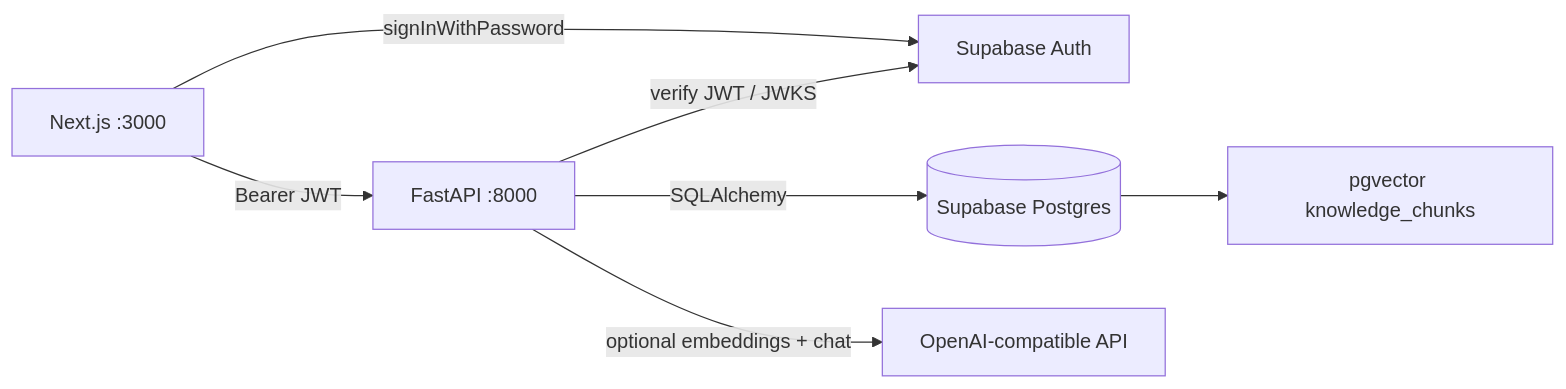
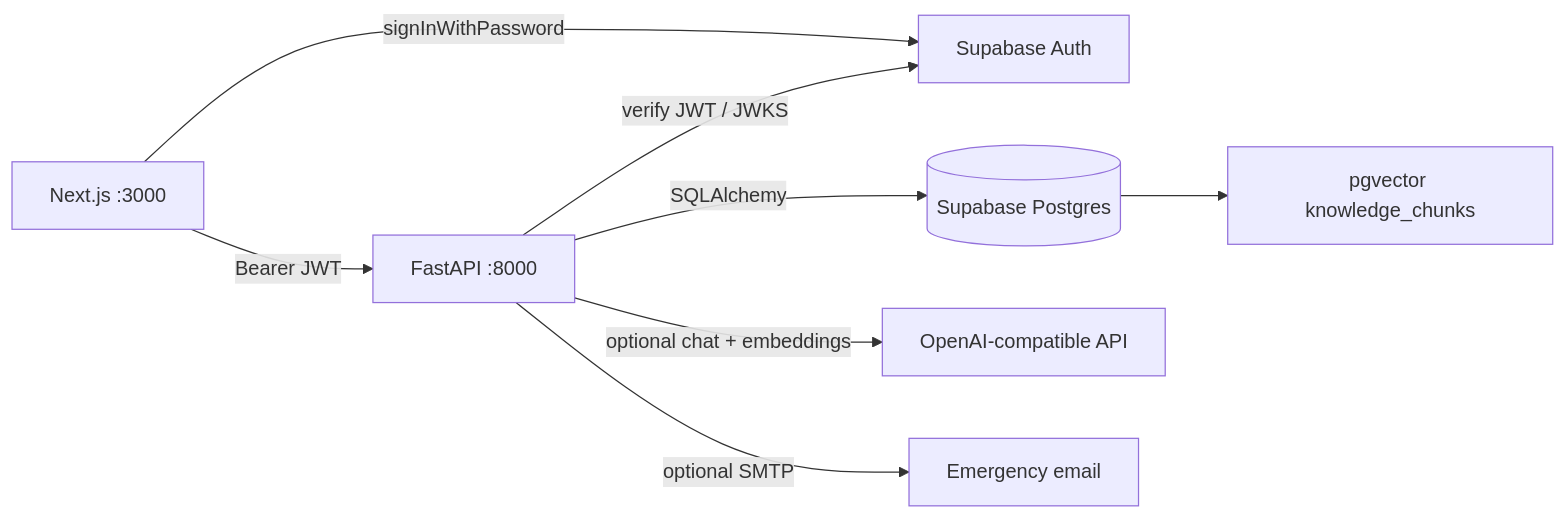
The second of 3 diagrams in REPORT.md (DevDash-26/Team-Axiom), drawn with Mermaid before and after one commit. The commit also changed other lines of this file and 2 other files, not shown here.

````diff
--- a/REPORT.md
+++ b/REPORT.md
@@ -95,9 +99,10 @@
 ```mermaid
 flowchart LR
   Browser[Next.js :3000] -->|"signInWithPassword"| Auth[Supabase Auth]
   Browser -->|"Bearer JWT"| API[FastAPI :8000]
   API -->|"verify JWT / JWKS"| Auth
   API -->|"SQLAlchemy"| DB[(Supabase Postgres)]
-  API -->|"optional embeddings + chat"| LLM[OpenAI-compatible API]
+  API -->|"optional chat + embeddings"| LLM[OpenAI-compatible API]
+  API -->|"optional SMTP"| Mail[Emergency email]
   DB --> Vec[pgvector knowledge_chunks]
 ```
````
